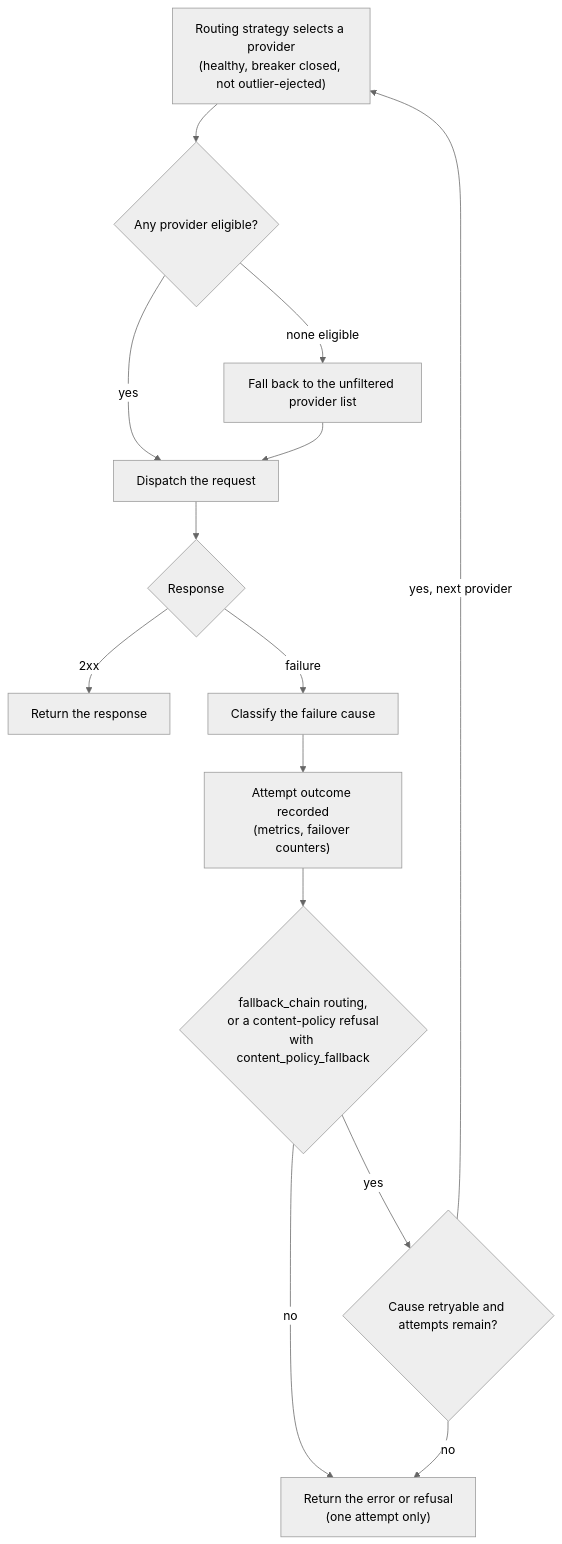
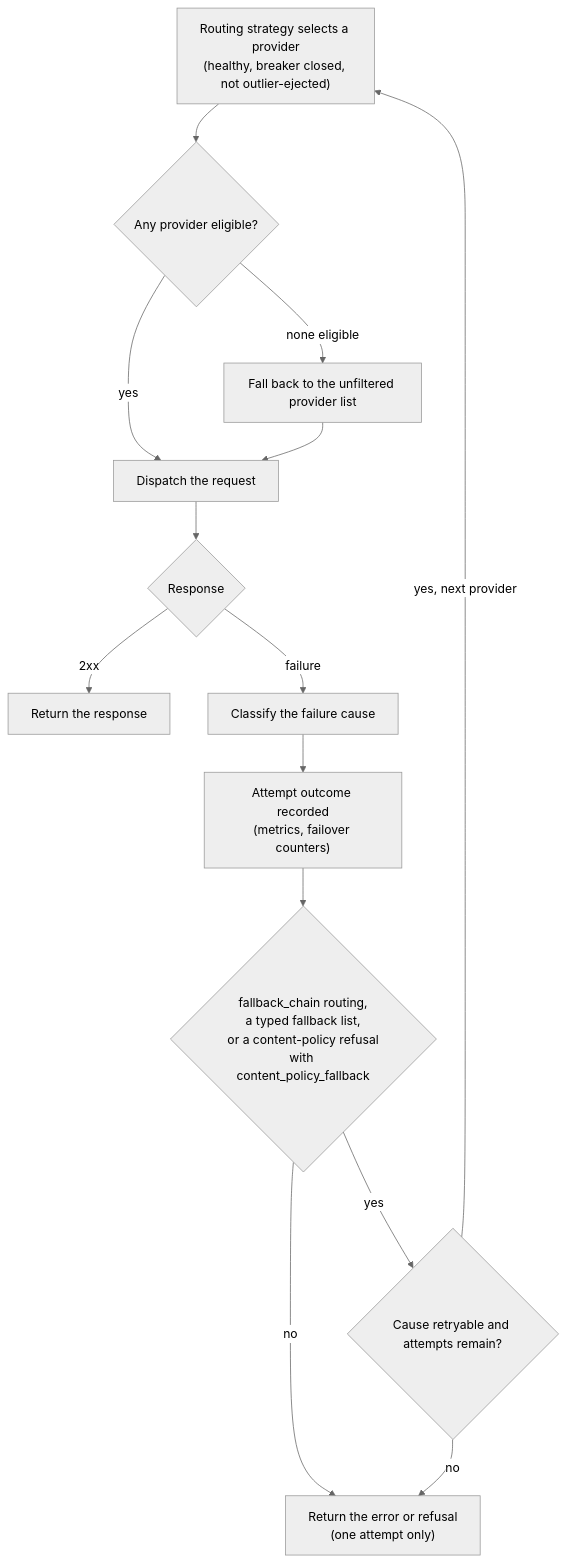
One commit to soapbucket/sbproxy changed the first of 2 diagrams in docs/ai-llm-aware-resilience.md. Above: the diagram before and after it, drawn with Mermaid (neutral theme). The commit also changed other lines of this file and 26 other files, not shown here.

````diff
--- a/docs/ai-llm-aware-resilience.md
+++ b/docs/ai-llm-aware-resilience.md
@@ -22,16 +24,16 @@
 ```mermaid
 flowchart TD
     A["Routing strategy selects a provider\n(healthy, breaker closed, not outlier-ejected)"] --> B{Any provider eligible?}
     B -->|none eligible| C[Fall back to the unfiltered provider list]
     B -->|yes| D[Dispatch the request]
     C --> D
     D --> E{Response}
     E -->|2xx| F[Return the response]
     E -->|failure| G[Classify the failure cause]
     G --> H["Attempt outcome recorded\n(metrics, failover counters)"]
-    H --> I{"fallback_chain routing,\nor a content-policy refusal\nwith content_policy_fallback"}
+    H --> I{"fallback_chain routing,\na typed fallback list,\nor a content-policy refusal\nwith content_policy_fallback"}
     I -->|no| J["Return the error or refusal\n(one attempt only)"]
     I -->|yes| K{Cause retryable and attempts remain?}
     K -->|yes, next provider| A
     K -->|no| J
 ```
````
